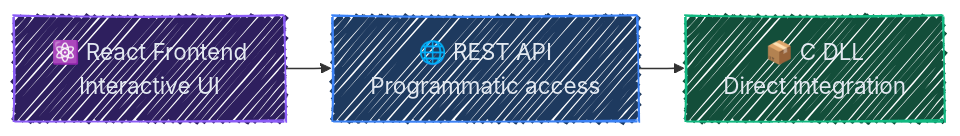
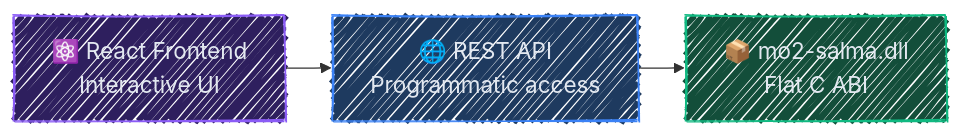
The first of 5 diagrams in README.md (lextpf/salma), drawn with Mermaid before and after one commit. The commit also changed other lines of this file, not shown here.

````diff
--- a/README.md
+++ b/README.md
@@ -158,20 +185,20 @@
 ```mermaid
 ---
 config:
   look: handDrawn
   theme: mc
   themeVariables:
     fontSize: 18px
   layout: elk
 ---
 graph LR
     classDef dll fill:#134e3a,stroke:#10b981,color:#e2e8f0
     classDef api fill:#1e3a5f,stroke:#3b82f6,color:#e2e8f0
     classDef web fill:#2e1f5e,stroke:#8b5cf6,color:#e2e8f0
 
     Web["⚛️ React Frontend<br/>Interactive UI"]:::web
     API["🌐 REST API<br/>Programmatic access"]:::api
-    DLL["📦 C DLL<br/>Direct integration"]:::dll
+    DLL["📦 mo2-salma.dll<br/>Flat C ABI"]:::dll
 
     Web --> API --> DLL
 ```
````
